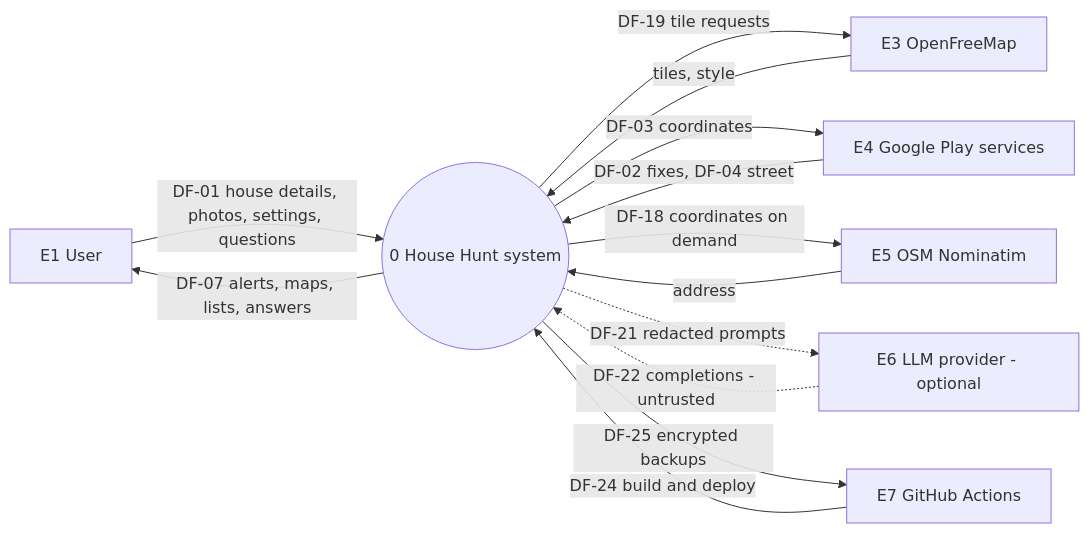
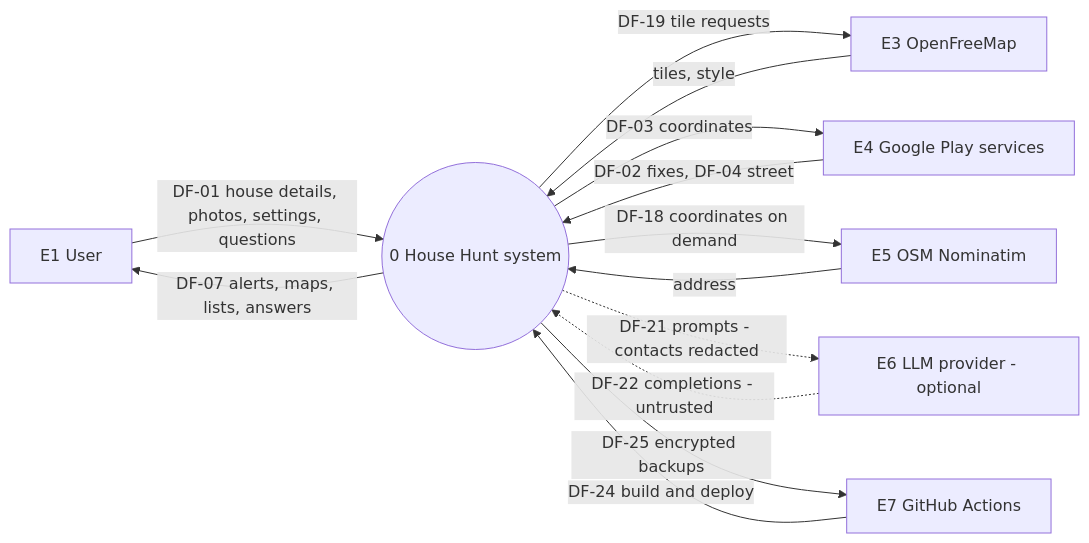
Before and after one commit to Sriram-Codes-SW/doorprints: the first of 7 diagrams in docs/04-data-flow-diagrams.md, drawn with Mermaid. The commit also changed other lines of this file and 38 other files, not shown here.

````diff
--- a/docs/04-data-flow-diagrams.md
+++ b/docs/04-data-flow-diagrams.md
@@ -43,22 +45,22 @@
 ```mermaid
 flowchart LR
     E1["E1 User"]
     E3["E3 OpenFreeMap"]
     E4["E4 Google Play services"]
     E5["E5 OSM Nominatim"]
     E6["E6 LLM provider - optional"]
     E7["E7 GitHub Actions"]
     P0(("0 House Hunt system"))
     E1 -->|"DF-01 house details, photos, settings, questions"| P0
     P0 -->|"DF-07 alerts, maps, lists, answers"| E1
     P0 -->|"DF-19 tile requests"| E3
     E3 -->|"tiles, style"| P0
     P0 -->|"DF-03 coordinates"| E4
     E4 -->|"DF-02 fixes, DF-04 street"| P0
     P0 -->|"DF-18 coordinates on demand"| E5
     E5 -->|"address"| P0
-    P0 -.->|"DF-21 redacted prompts"| E6
+    P0 -.->|"DF-21 prompts - contacts redacted"| E6
     E6 -.->|"DF-22 completions - untrusted"| P0
     E7 -->|"DF-24 build and deploy"| P0
     P0 -->|"DF-25 encrypted backups"| E7
 ```
````
